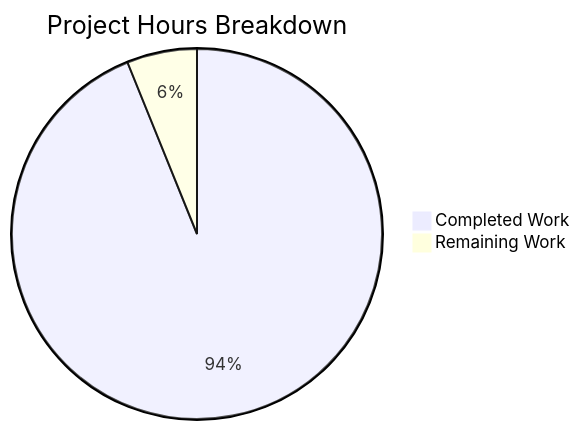
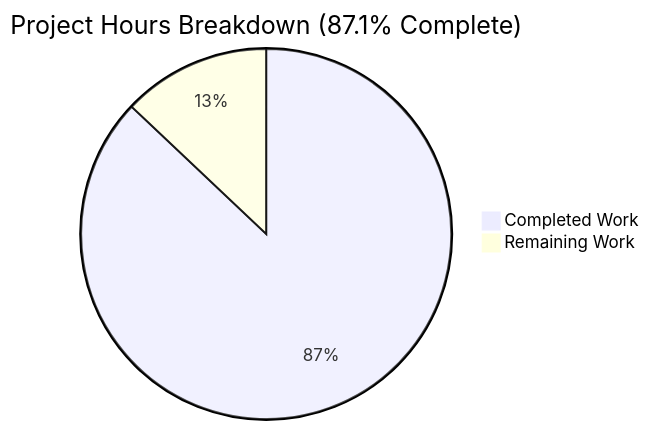
Before and after one commit to lakshya-blitzy/Dec_repo_with_valid_mul_files: the diagram in blitzy/documentation/Project Guide.md, drawn with Mermaid. The commit also changed other lines of this file, not shown here.

Commit message:
Adding Blitzy Project Guide: Project Status and Human Tasks Remaining

````diff
--- a/blitzy/documentation/Project Guide.md
+++ b/blitzy/documentation/Project Guide.md
@@ -33,5 +36,5 @@
 ```mermaid
-pie title Project Hours Breakdown
-    "Completed Work" : 92
-    "Remaining Work" : 6
+pie title Project Hours Breakdown (87.1% Complete)
+    "Completed Work" : 74
+    "Remaining Work" : 11
 ```
````
